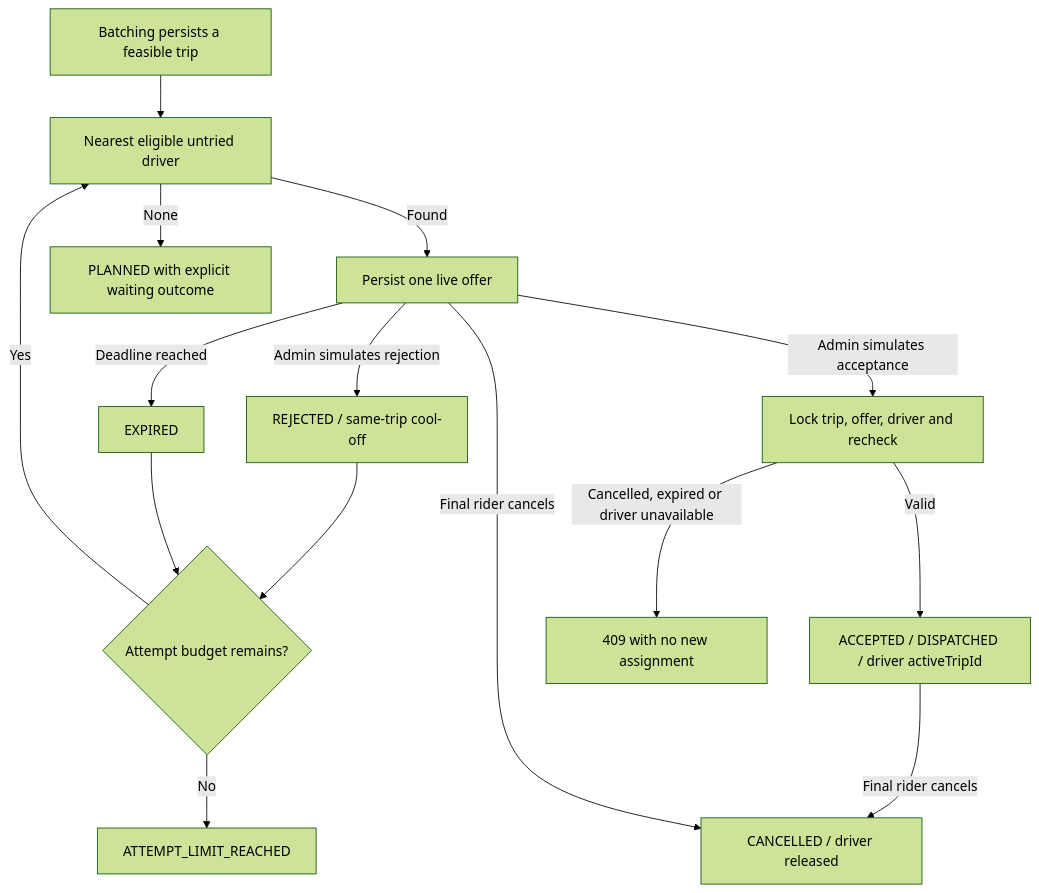
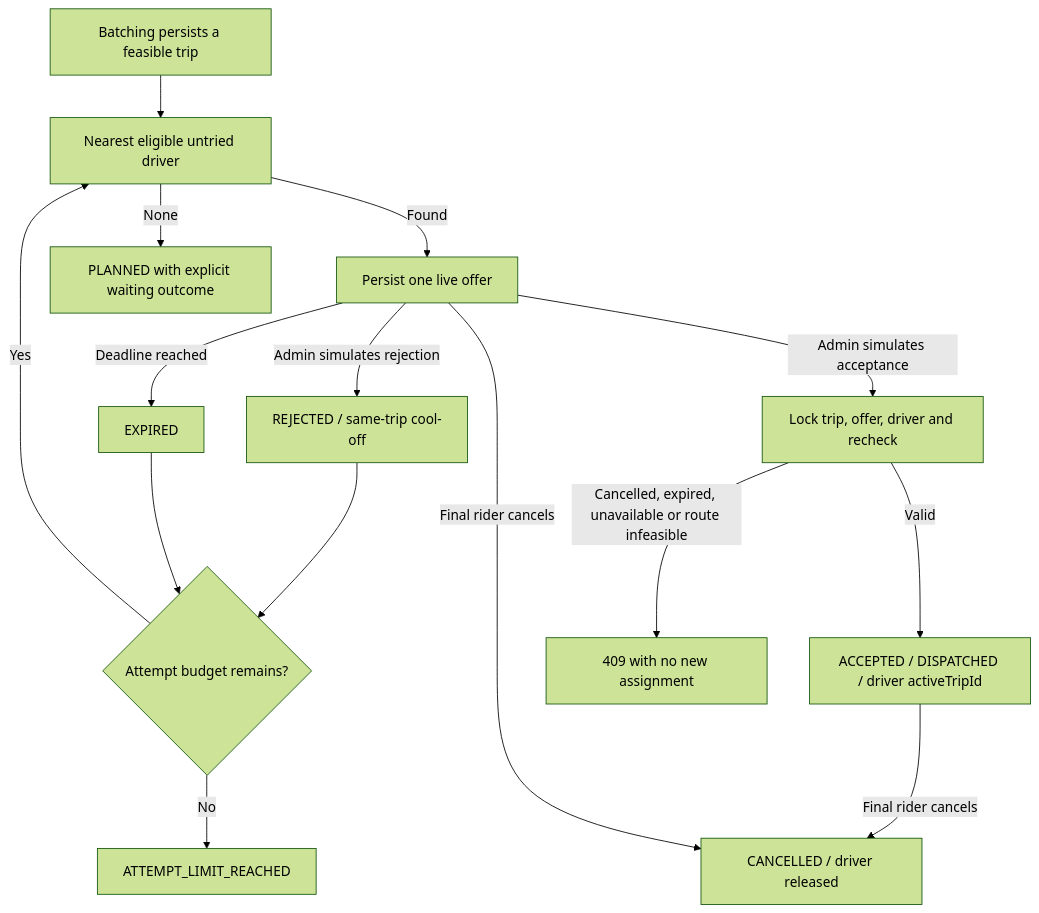
Before and after one commit to aakash-kr-7/sla-aware-ride-batching: the diagram in docs/dispatch-workflow.md, drawn with Mermaid (forest theme). The commit also changed other lines of this file and 15 other files, not shown here.

````diff
--- a/docs/dispatch-workflow.md
+++ b/docs/dispatch-workflow.md
@@ -5,17 +5,17 @@
 ```mermaid
 flowchart TD
     Batch[Batching persists a feasible trip] --> Select[Nearest eligible untried driver]
     Select -->|Found| Offer[Persist one live offer]
     Select -->|None| Waiting[PLANNED with explicit waiting outcome]
     Offer -->|Admin simulates rejection| Reject[REJECTED / same-trip cool-off]
     Reject --> Budget{Attempt budget remains?}
     Offer -->|Deadline reached| Expire[EXPIRED]
     Expire --> Budget
     Budget -->|Yes| Select
     Budget -->|No| Limit[ATTEMPT_LIMIT_REACHED]
     Offer -->|Admin simulates acceptance| Check[Lock trip, offer, driver and recheck]
     Check -->|Valid| Assign[ACCEPTED / DISPATCHED / driver activeTripId]
-    Check -->|Cancelled, expired or driver unavailable| Conflict[409 with no new assignment]
+    Check -->|Cancelled, expired, unavailable or route infeasible| Conflict[409 with no new assignment]
     Assign -->|Final rider cancels| Cancel[CANCELLED / driver released]
     Offer -->|Final rider cancels| Cancel
 ```
````
